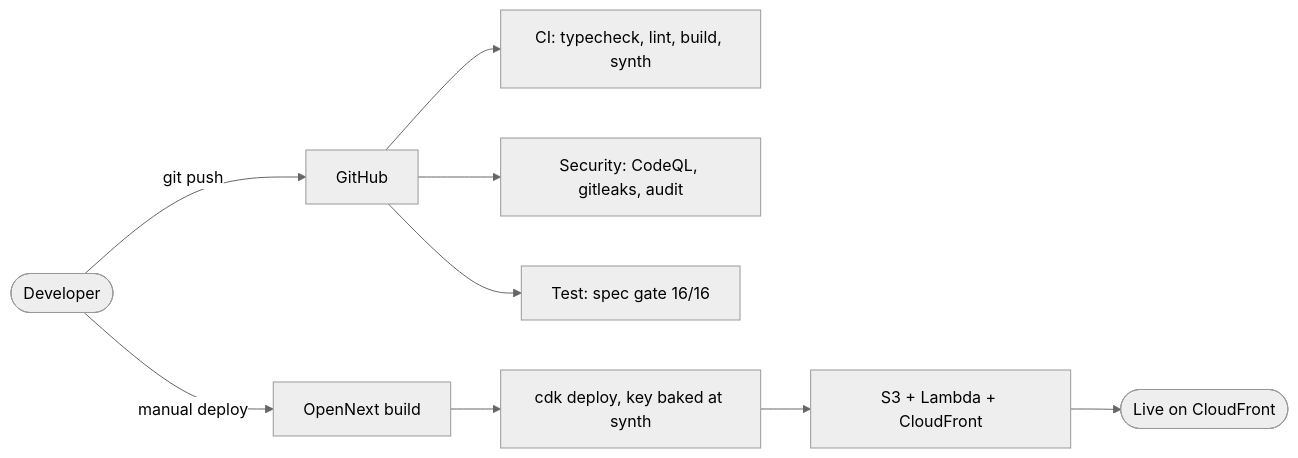
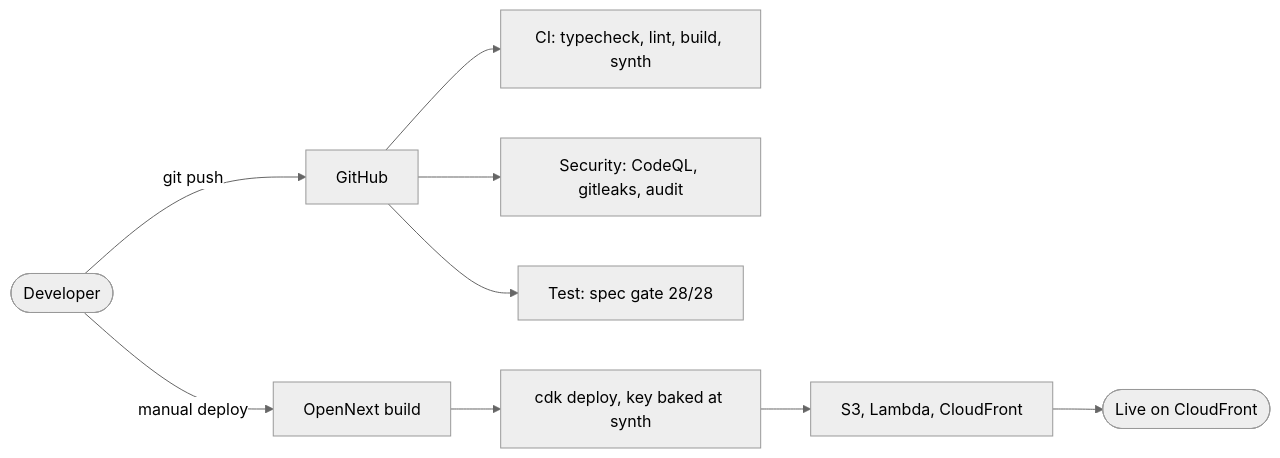
One commit to elleskay/insurance-dashboard changed the sixth of 6 diagrams in README.md. Above: the diagram before and after it, drawn with Mermaid (neutral theme). The commit also changed other lines of this file, not shown here.

Commit message:
docs: rewrite README, expand data model and correct spec coverage to 28/28

````diff
--- a/README.md
+++ b/README.md
@@ -196,11 +227,11 @@
 ```mermaid
 flowchart LR
     Dev([Developer]) -->|git push| GH[GitHub]
     GH --> CI[CI: typecheck, lint, build, synth]
     GH --> Sec[Security: CodeQL, gitleaks, audit]
-    GH --> Test[Test: spec gate 16/16]
+    GH --> Test[Test: spec gate 28/28]
     Dev -->|manual deploy| Build[OpenNext build]
     Build --> CDK[cdk deploy, key baked at synth]
-    CDK --> Infra[S3 + Lambda + CloudFront]
+    CDK --> Infra[S3, Lambda, CloudFront]
     Infra --> Live([Live on CloudFront])
 ```
````
